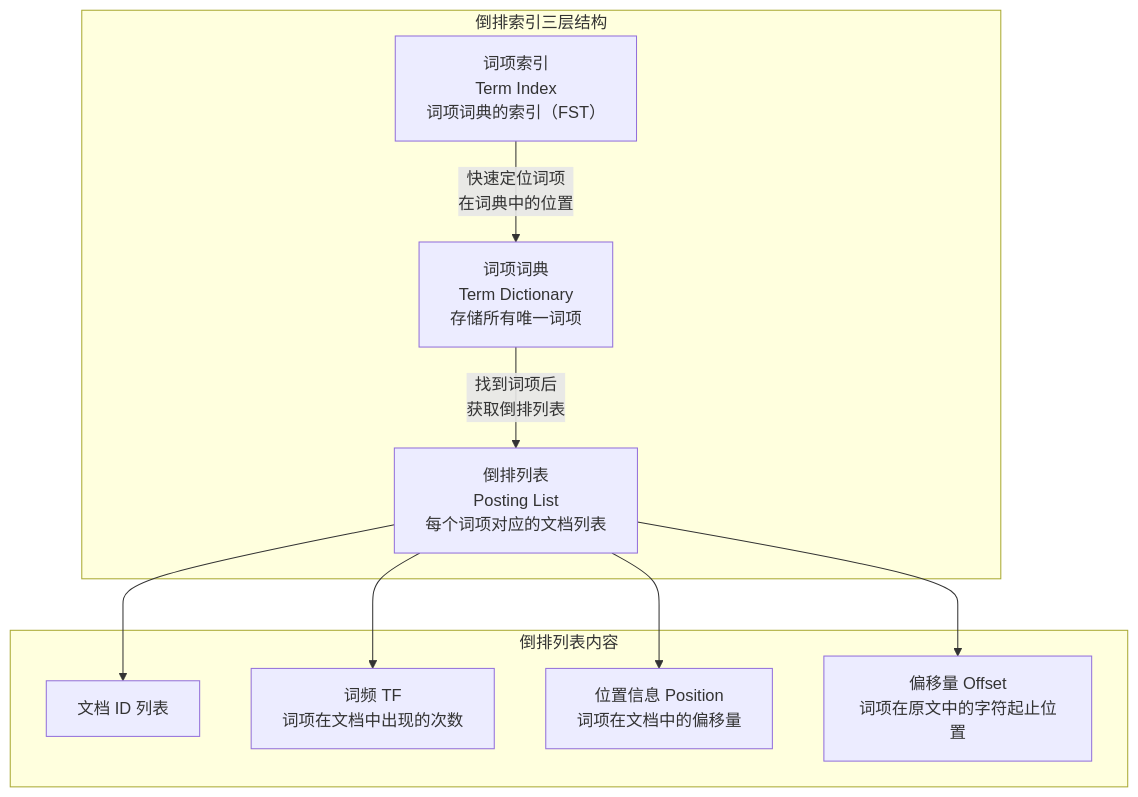
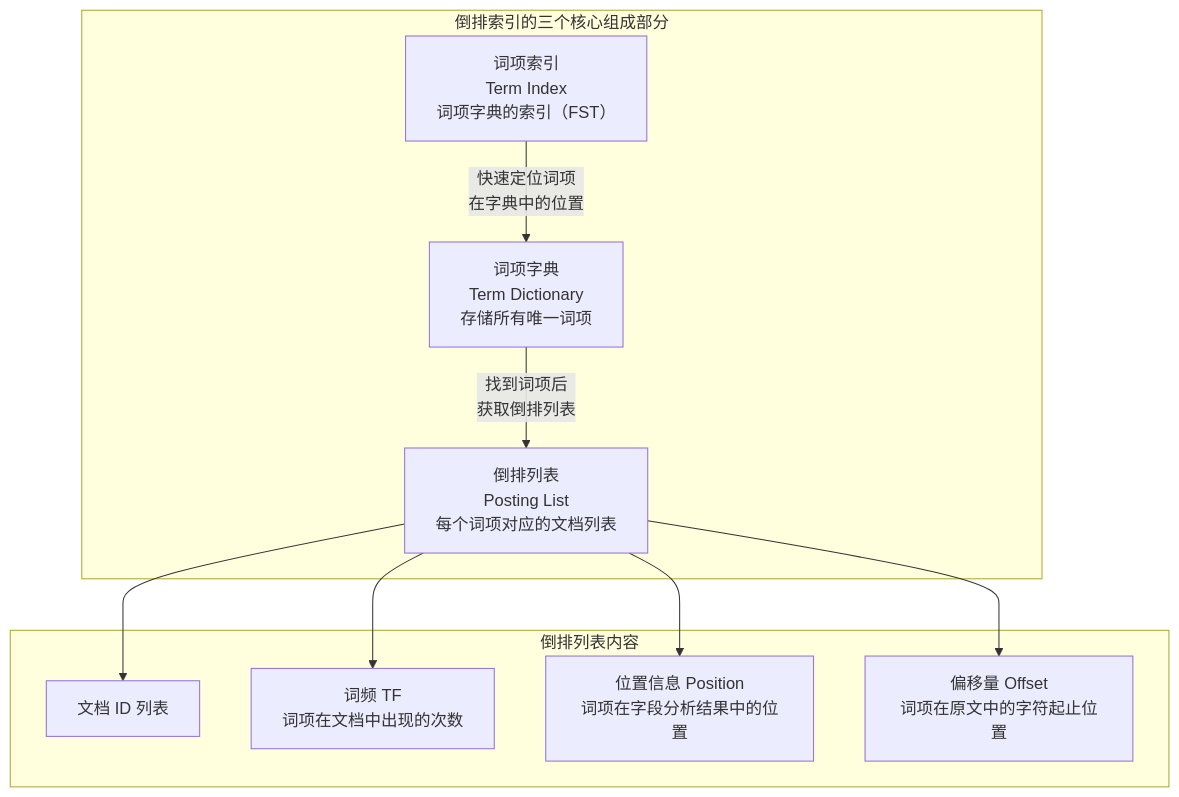
The second of 5 diagrams in docs/elasticsearch/02-indexing/chapter-06-inverted-index.md (b1tzer/the-stack), drawn with Mermaid before and after one commit. The commit also changed other lines of this file and 5 other files, not shown here.

````diff
--- a/docs/elasticsearch/02-indexing/chapter-06-inverted-index.md
+++ b/docs/elasticsearch/02-indexing/chapter-06-inverted-index.md
@@ -50,23 +49,23 @@
 ```mermaid
 flowchart TD
-    subgraph "倒排索引三层结构"
-        TD["词项词典<br>Term Dictionary<br>存储所有唯一词项"]
-        TI["词项索引<br>Term Index<br>词项词典的索引（FST）"]
+    subgraph "倒排索引的三个核心组成部分"
+        TD["词项字典<br>Term Dictionary<br>存储所有唯一词项"]
+        TI["词项索引<br>Term Index<br>词项字典的索引（FST）"]
         PL["倒排列表<br>Posting List<br>每个词项对应的文档列表"]
     end
 
-    TI -->|"快速定位词项<br>在词典中的位置"| TD
+    TI -->|"快速定位词项<br>在字典中的位置"| TD
     TD -->|"找到词项后<br>获取倒排列表"| PL
 
     subgraph "倒排列表内容"
         DocID["文档 ID 列表"]
         TF["词频 TF<br>词项在文档中出现的次数"]
-        Pos["位置信息 Position<br>词项在文档中的偏移量"]
+        Pos["位置信息 Position<br>词项在字段分析结果中的位置"]
         Off["偏移量 Offset<br>词项在原文中的字符起止位置"]
     end
 
     PL --> DocID
     PL --> TF
     PL --> Pos
     PL --> Off
 ```
````
